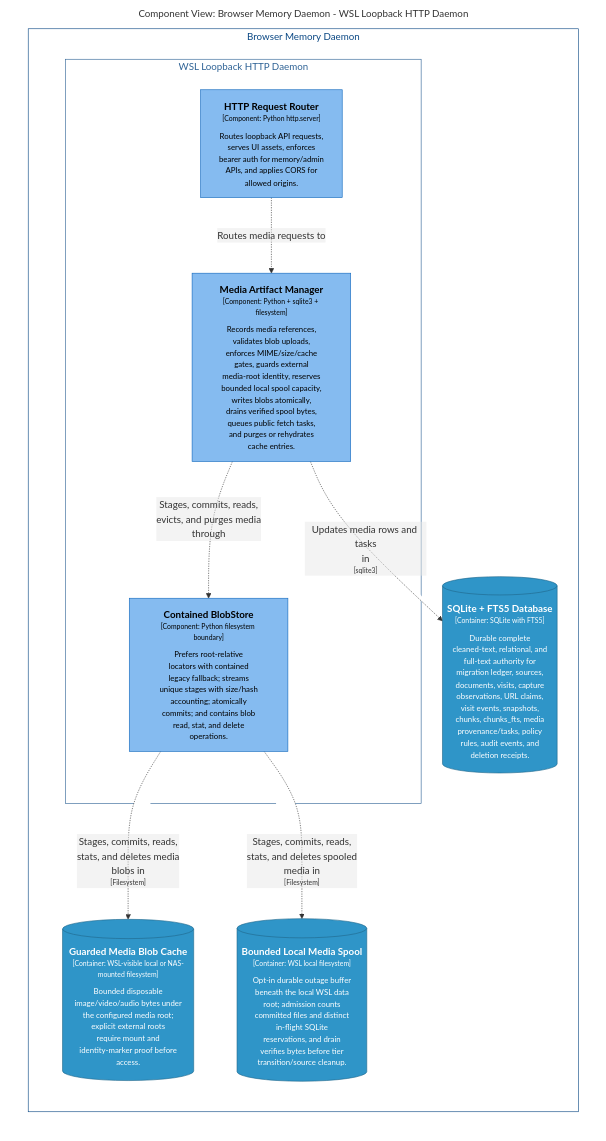
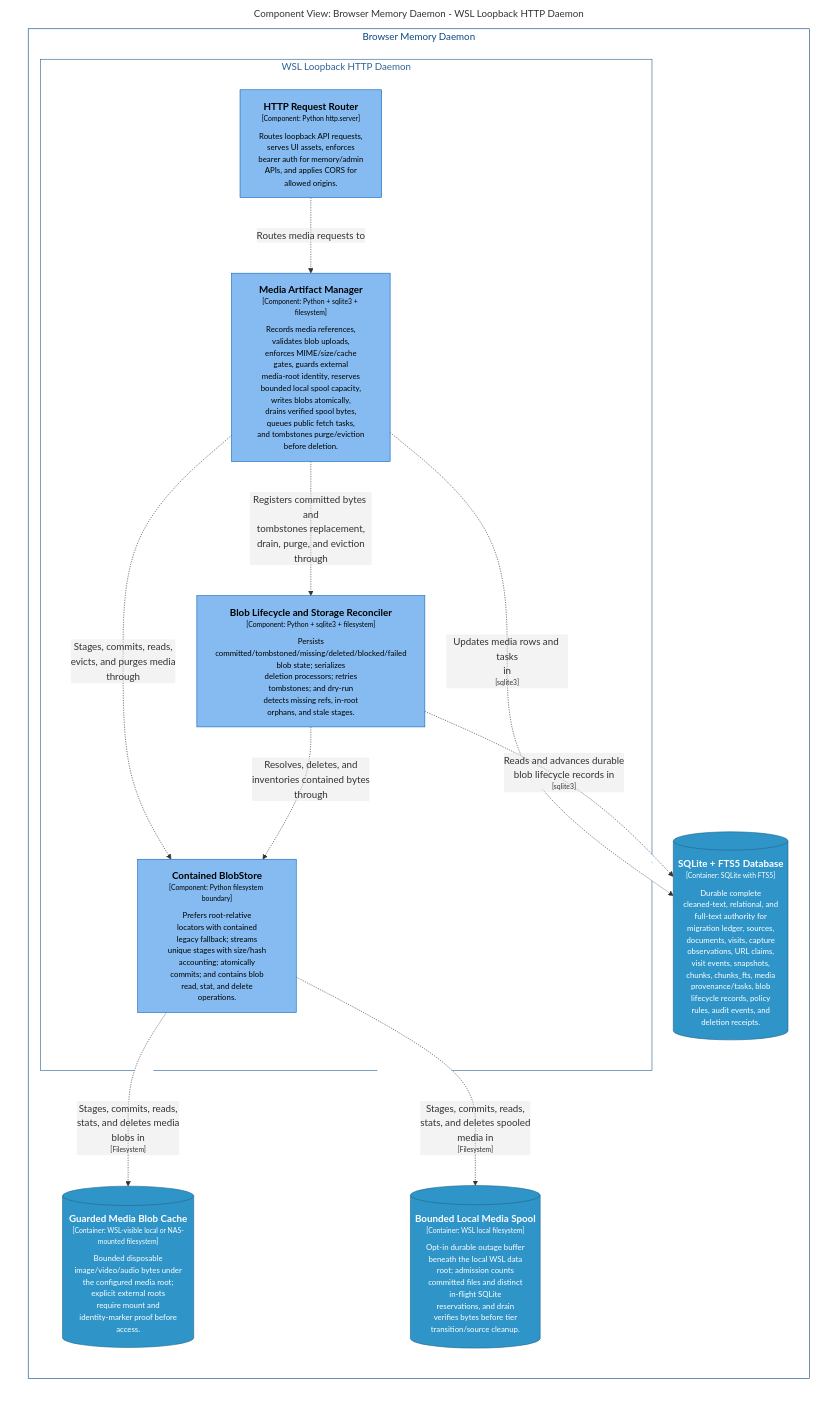
Before and after one commit to michaelnicks0/browser-memory-daemon: the diagram in docs/architecture/diagrams/markdown/DaemonMediaComponents.md, drawn with Mermaid. The commit also changed 201 other files, not shown here.

Commit message:
feat(storage): add tombstoned deletion and recovery

````diff
--- a/docs/architecture/diagrams/markdown/DaemonMediaComponents.md
+++ b/docs/architecture/diagrams/markdown/DaemonMediaComponents.md
@@ -16,37 +16,42 @@
 ```mermaid
 graph LR
   linkStyle default fill:#ffffff
 
   subgraph diagram ["Component View: Browser Memory Daemon - WSL Loopback HTTP Daemon"]
     style diagram fill:#ffffff,stroke:#ffffff
 
     subgraph 4 ["Browser Memory Daemon"]
       style 4 fill:#ffffff,stroke:#0b4884,color:#0b4884
 
       subgraph 14 ["WSL Loopback HTTP Daemon"]
         style 14 fill:#ffffff,stroke:#2e6295,color:#2e6295
 
         15["<div style='font-weight: bold'>HTTP Request Router</div><div style='font-size: 70%; margin-top: 0px'>[Component: Python http.server]</div><div style='font-size: 80%; margin-top:10px'>Routes loopback API requests,<br />serves UI assets, enforces<br />bearer auth for memory/admin<br />APIs, and applies CORS for<br />allowed origins.</div>"]
         style 15 fill:#85bbf0,stroke:#1168bd,color:#000000
-        21["<div style='font-weight: bold'>Media Artifact Manager</div><div style='font-size: 70%; margin-top: 0px'>[Component: Python + sqlite3 + filesystem]</div><div style='font-size: 80%; margin-top:10px'>Records media references,<br />validates blob uploads,<br />enforces MIME/size/cache<br />gates, guards external<br />media-root identity, reserves<br />bounded local spool capacity,<br />writes blobs atomically,<br />drains verified spool bytes,<br />queues public fetch tasks,<br />and purges or rehydrates<br />cache entries.</div>"]
+        21["<div style='font-weight: bold'>Media Artifact Manager</div><div style='font-size: 70%; margin-top: 0px'>[Component: Python + sqlite3 + filesystem]</div><div style='font-size: 80%; margin-top:10px'>Records media references,<br />validates blob uploads,<br />enforces MIME/size/cache<br />gates, guards external<br />media-root identity, reserves<br />bounded local spool capacity,<br />writes blobs atomically,<br />drains verified spool bytes,<br />queues public fetch tasks,<br />and tombstones purge/eviction<br />before deletion.</div>"]
         style 21 fill:#85bbf0,stroke:#1168bd,color:#000000
         22["<div style='font-weight: bold'>Contained BlobStore</div><div style='font-size: 70%; margin-top: 0px'>[Component: Python filesystem boundary]</div><div style='font-size: 80%; margin-top:10px'>Prefers root-relative<br />locators with contained<br />legacy fallback; streams<br />unique stages with size/hash<br />accounting; atomically<br />commits; and contains blob<br />read, stat, and delete<br />operations.</div>"]
         style 22 fill:#85bbf0,stroke:#1168bd,color:#000000
+        23["<div style='font-weight: bold'>Blob Lifecycle and Storage Reconciler</div><div style='font-size: 70%; margin-top: 0px'>[Component: Python + sqlite3 + filesystem]</div><div style='font-size: 80%; margin-top:10px'>Persists<br />committed/tombstoned/missing/deleted/blocked/failed<br />blob state; serializes<br />deletion processors; retries<br />tombstones; and dry-run<br />detects missing refs, in-root<br />orphans, and stale stages.</div>"]
+        style 23 fill:#85bbf0,stroke:#1168bd,color:#000000
       end
 
-      29[("<div style='font-weight: bold'>SQLite + FTS5 Database</div><div style='font-size: 70%; margin-top: 0px'>[Container: SQLite with FTS5]</div><div style='font-size: 80%; margin-top:10px'>Durable complete<br />cleaned-text, relational, and<br />full-text authority for<br />migration ledger, sources,<br />documents, visits, capture<br />observations, URL claims,<br />visit events, snapshots,<br />chunks, chunks_fts, media<br />provenance/tasks, policy<br />rules, audit events, and<br />deletion receipts.</div>")]
-      style 29 fill:#2f95c8,stroke:#20688c,color:#ffffff
-      31[("<div style='font-weight: bold'>Guarded Media Blob Cache</div><div style='font-size: 70%; margin-top: 0px'>[Container: WSL-visible local or NAS-mounted filesystem]</div><div style='font-size: 80%; margin-top:10px'>Bounded disposable<br />image/video/audio bytes under<br />the configured media root;<br />explicit external roots<br />require mount and<br />identity-marker proof before<br />access.</div>")]
-      style 31 fill:#2f95c8,stroke:#20688c,color:#ffffff
-      32[("<div style='font-weight: bold'>Bounded Local Media Spool</div><div style='font-size: 70%; margin-top: 0px'>[Container: WSL local filesystem]</div><div style='font-size: 80%; margin-top:10px'>Opt-in durable outage buffer<br />beneath the local WSL data<br />root; admission counts<br />committed files and distinct<br />in-flight SQLite<br />reservations, and drain<br />verifies bytes before tier<br />transition/source cleanup.</div>")]
+      30[("<div style='font-weight: bold'>SQLite + FTS5 Database</div><div style='font-size: 70%; margin-top: 0px'>[Container: SQLite with FTS5]</div><div style='font-size: 80%; margin-top:10px'>Durable complete<br />cleaned-text, relational, and<br />full-text authority for<br />migration ledger, sources,<br />documents, visits, capture<br />observations, URL claims,<br />visit events, snapshots,<br />chunks, chunks_fts, media<br />provenance/tasks, blob<br />lifecycle records, policy<br />rules, audit events, and<br />deletion receipts.</div>")]
+      style 30 fill:#2f95c8,stroke:#20688c,color:#ffffff
+      32[("<div style='font-weight: bold'>Guarded Media Blob Cache</div><div style='font-size: 70%; margin-top: 0px'>[Container: WSL-visible local or NAS-mounted filesystem]</div><div style='font-size: 80%; margin-top:10px'>Bounded disposable<br />image/video/audio bytes under<br />the configured media root;<br />explicit external roots<br />require mount and<br />identity-marker proof before<br />access.</div>")]
       style 32 fill:#2f95c8,stroke:#20688c,color:#ffffff
+      33[("<div style='font-weight: bold'>Bounded Local Media Spool</div><div style='font-size: 70%; margin-top: 0px'>[Container: WSL local filesystem]</div><div style='font-size: 80%; margin-top:10px'>Opt-in durable outage buffer<br />beneath the local WSL data<br />root; admission counts<br />committed files and distinct<br />in-flight SQLite<br />reservations, and drain<br />verifies bytes before tier<br />transition/source cleanup.</div>")]
+      style 33 fill:#2f95c8,stroke:#20688c,color:#ffffff
     end
 
     15-. "<div>Routes media requests to</div><div style='font-size: 70%'></div>" .->21
-    21-. "<div>Updates media rows and tasks<br />in</div><div style='font-size: 70%'>[sqlite3]</div>" .->29
+    21-. "<div>Updates media rows and tasks<br />in</div><div style='font-size: 70%'>[sqlite3]</div>" .->30
     21-. "<div>Stages, commits, reads,<br />evicts, and purges media<br />through</div><div style='font-size: 70%'></div>" .->22
-    22-. "<div>Stages, commits, reads,<br />stats, and deletes media<br />blobs in</div><div style='font-size: 70%'>[Filesystem]</div>" .->31
-    22-. "<div>Stages, commits, reads,<br />stats, and deletes spooled<br />media in</div><div style='font-size: 70%'>[Filesystem]</div>" .->32
+    21-. "<div>Registers committed bytes and<br />tombstones replacement,<br />drain, purge, and eviction<br />through</div><div style='font-size: 70%'></div>" .->23
+    23-. "<div>Reads and advances durable<br />blob lifecycle records in</div><div style='font-size: 70%'>[sqlite3]</div>" .->30
+    23-. "<div>Resolves, deletes, and<br />inventories contained bytes<br />through</div><div style='font-size: 70%'></div>" .->22
+    22-. "<div>Stages, commits, reads,<br />stats, and deletes media<br />blobs in</div><div style='font-size: 70%'>[Filesystem]</div>" .->32
+    22-. "<div>Stages, commits, reads,<br />stats, and deletes spooled<br />media in</div><div style='font-size: 70%'>[Filesystem]</div>" .->33
 
   end
 ```
````
